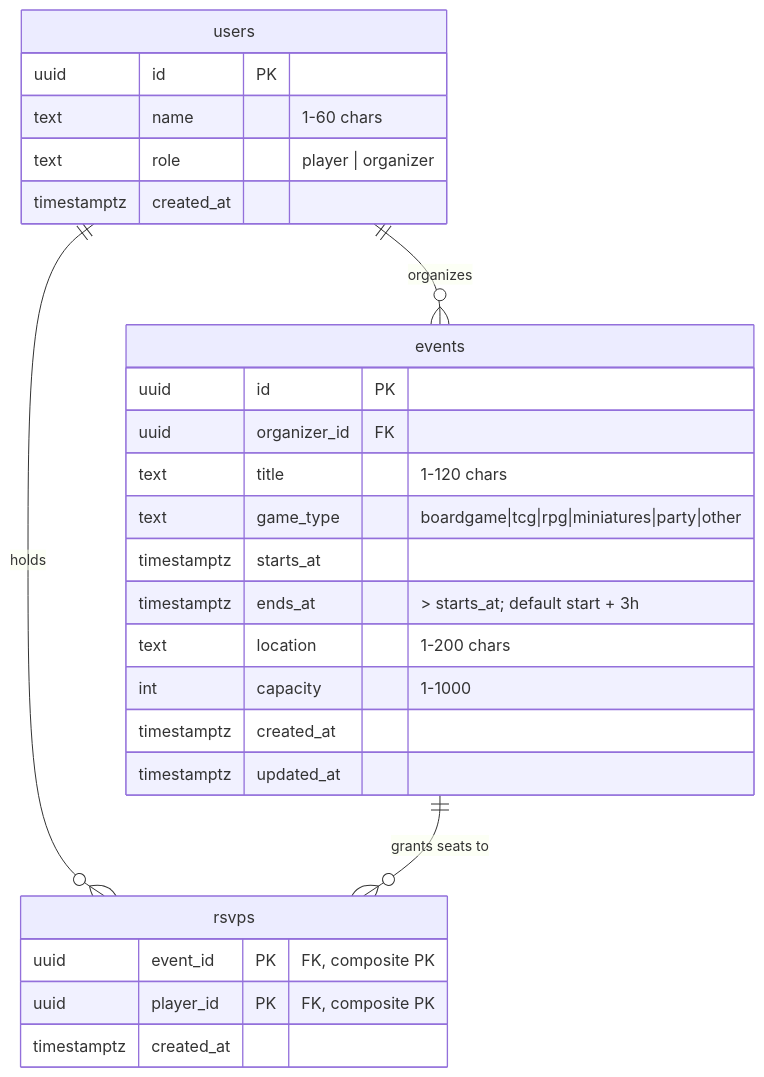
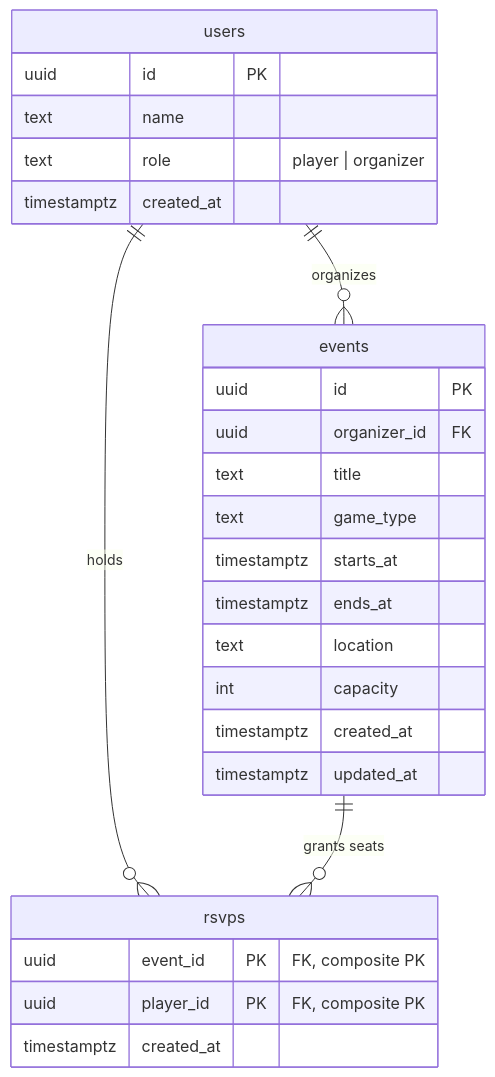
The second of 2 diagrams in doc/data-model-and-concurrency.md (zhaoanliu/game-night), drawn with Mermaid before and after one commit. The commit also changed other lines of this file and 2 other files, not shown here.

First line of the commit message:
docs: final documentation pass with architecture diagrams (#34)

````diff
--- a/doc/data-model-and-concurrency.md
+++ b/doc/data-model-and-concurrency.md
@@ -16,30 +71,32 @@
 ```mermaid
 erDiagram
     users ||--o{ events : "organizes"
     users ||--o{ rsvps  : "holds"
-    events ||--o{ rsvps : "grants seats to"
+    events ||--o{ rsvps : "grants seats"
 
     users {
         uuid        id PK
-        text        name        "1-60 chars"
-        text        role        "player | organizer"
+        text        name
+        text        role "player | organizer"
         timestamptz created_at
     }
+
     events {
         uuid        id PK
         uuid        organizer_id FK
-        text        title       "1-120 chars"
-        text        game_type   "boardgame|tcg|rpg|miniatures|party|other"
+        text        title
+        text        game_type
         timestamptz starts_at
-        timestamptz ends_at     "> starts_at; default start + 3h"
-        text        location    "1-200 chars"
-        int         capacity    "1-1000"
+        timestamptz ends_at
+        text        location
+        int         capacity
         timestamptz created_at
         timestamptz updated_at
     }
+
     rsvps {
         uuid        event_id PK "FK, composite PK"
         uuid        player_id PK "FK, composite PK"
         timestamptz created_at
     }
 ```
````
